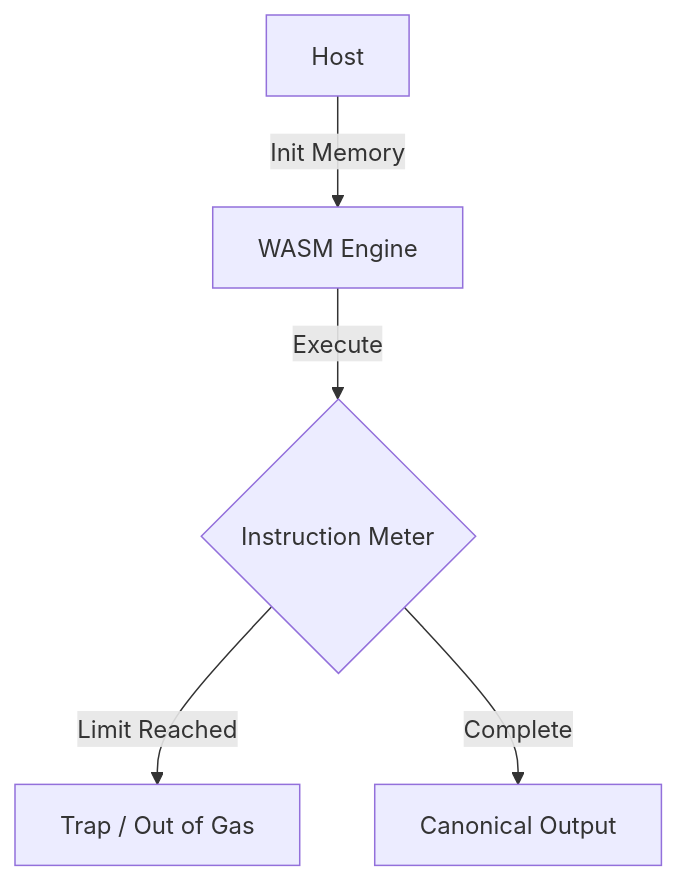
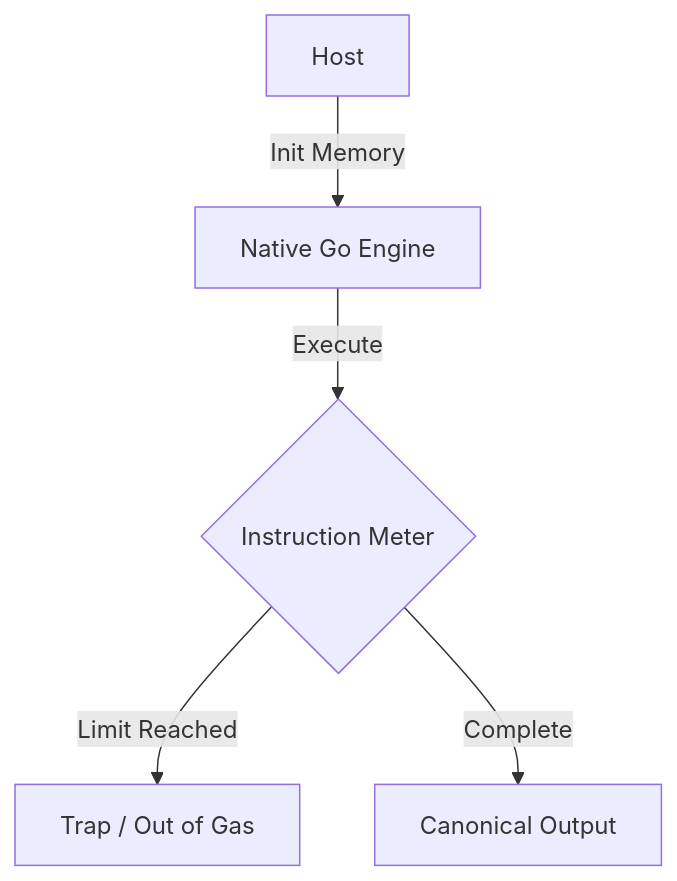
One commit to Nodlshire/nodl changed the diagram in docs/backend/wasm-execution.md. Above: the diagram before and after it, drawn with Mermaid. The commit also changed other lines of this file and 2614 other files, not shown here.

Commit message:
feat: complete DeWi foundation integration, docs sweep with canon neon diagrams, and responsive dashboard updates

````diff
--- a/docs/backend/wasm-execution.md
+++ b/docs/backend/wasm-execution.md
@@ -52,7 +63,7 @@
 ```mermaid
 graph TD
-    A[Host] -->|Init Memory| B[WASM Engine]
+    A[Host] -->|Init Memory| B[Native Go Engine]
     B -->|Execute| C{Instruction Meter}
     C -->|Limit Reached| D[Trap / Out of Gas]
     C -->|Complete| E[Canonical Output]
 ```
````
